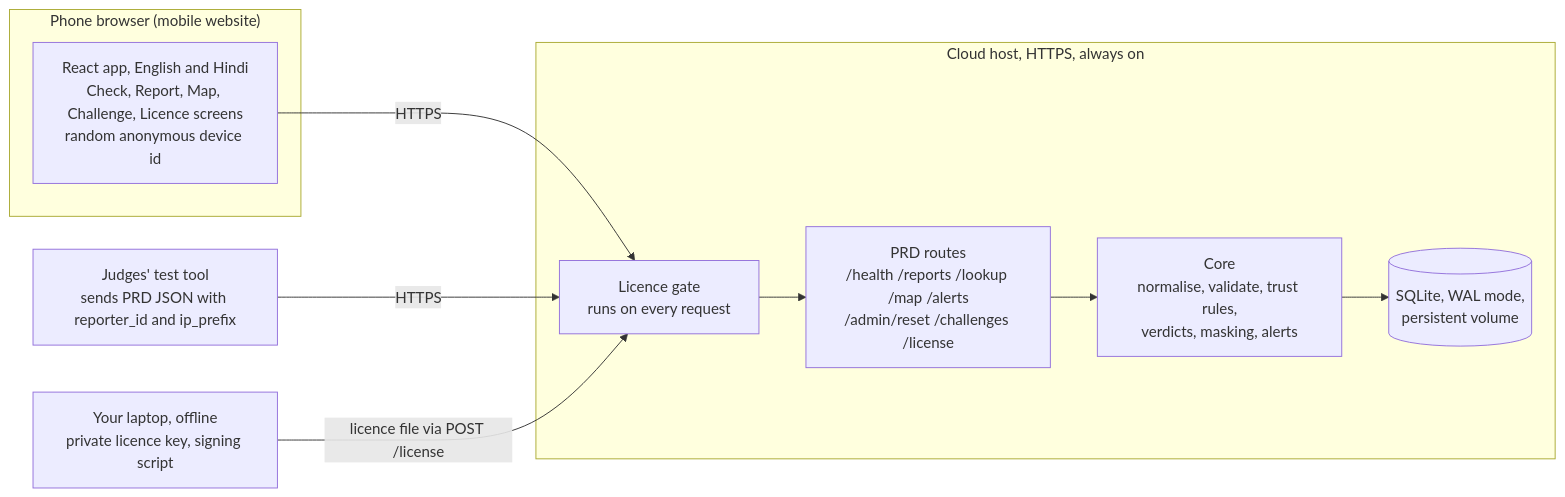
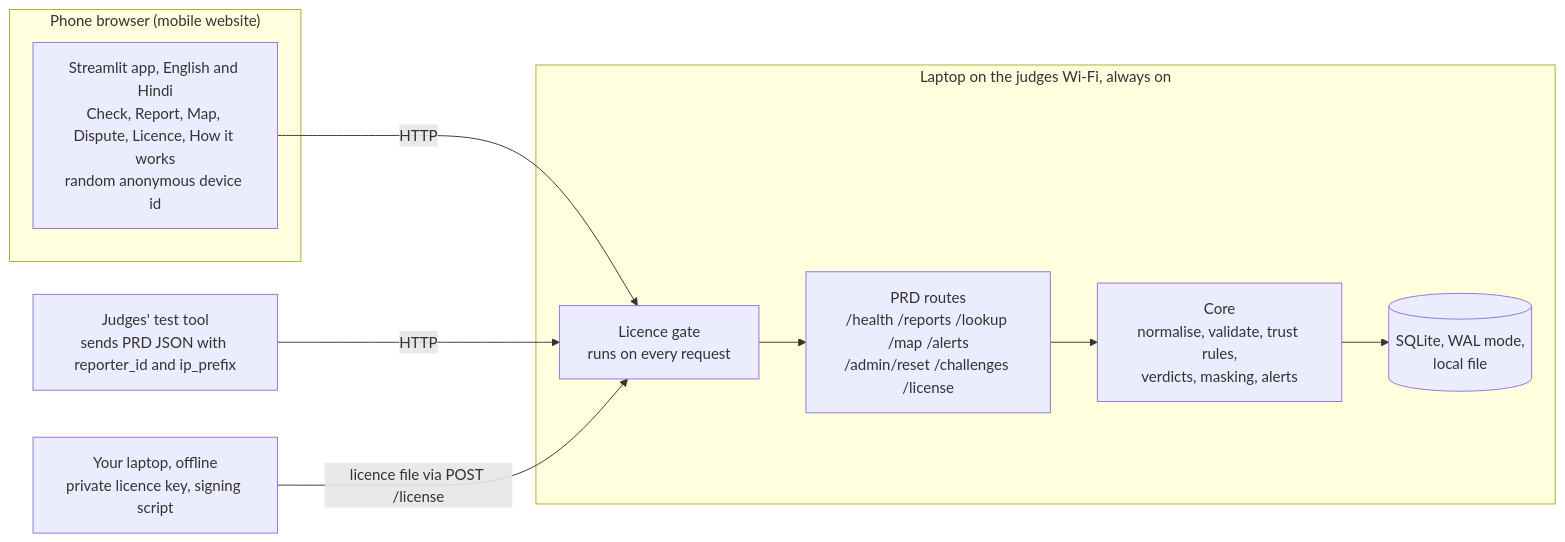
The first of 2 diagrams in docs/ARCHITECTURE.md (AditiUdaya/cyberforge), drawn with Mermaid before and after one commit. The commit also changed other lines of this file and 27 other files, not shown here.

````diff
--- a/docs/ARCHITECTURE.md
+++ b/docs/ARCHITECTURE.md
@@ -9,19 +9,19 @@
 ```mermaid
 flowchart LR
   subgraph Phone["Phone browser (mobile website)"]
-    UI["React app, English and Hindi<br/>Check, Report, Map, Challenge, Licence screens<br/>random anonymous device id"]
+    UI["Streamlit app, English and Hindi<br/>Check, Report, Map, Dispute, Licence, How it works<br/>random anonymous device id"]
   end
   Judge["Judges' test tool<br/>sends PRD JSON with reporter_id and ip_prefix"]
-  subgraph Cloud["Cloud host, HTTPS, always on"]
+  subgraph Host["Laptop on the judges Wi-Fi, always on"]
     Gate["Licence gate<br/>runs on every request"]
     Routes["PRD routes<br/>/health /reports /lookup /map /alerts<br/>/admin/reset /challenges /license"]
     Core["Core<br/>normalise, validate, trust rules,<br/>verdicts, masking, alerts"]
-    DB[("SQLite, WAL mode,<br/>persistent volume")]
+    DB[("SQLite, WAL mode,<br/>local file")]
   end
   Laptop["Your laptop, offline<br/>private licence key, signing script"]
 
-  UI -->|HTTPS| Gate
-  Judge -->|HTTPS| Gate
+  UI -->|HTTP| Gate
+  Judge -->|HTTP| Gate
   Gate --> Routes --> Core --> DB
   Laptop -->|licence file via POST /license| Gate
 ```
````
